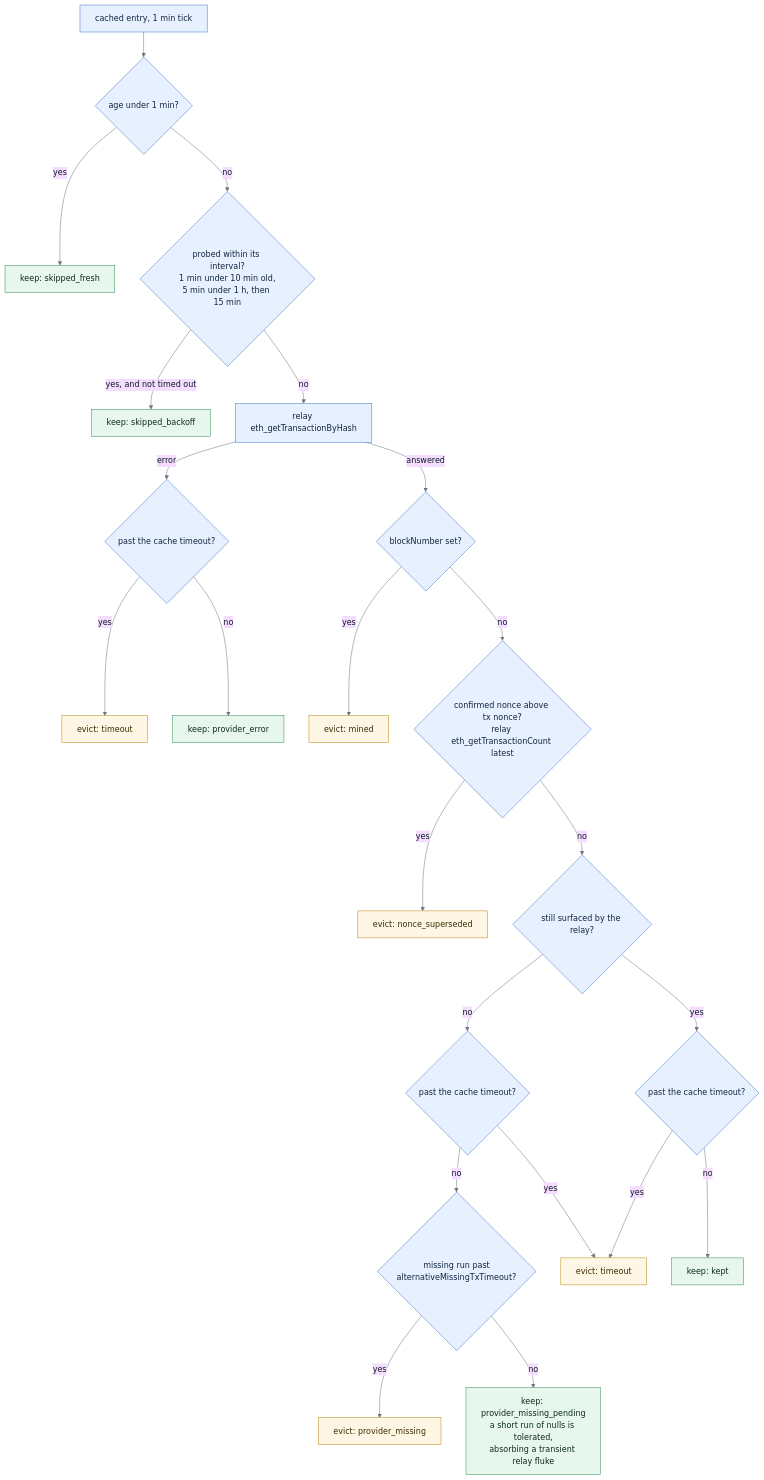
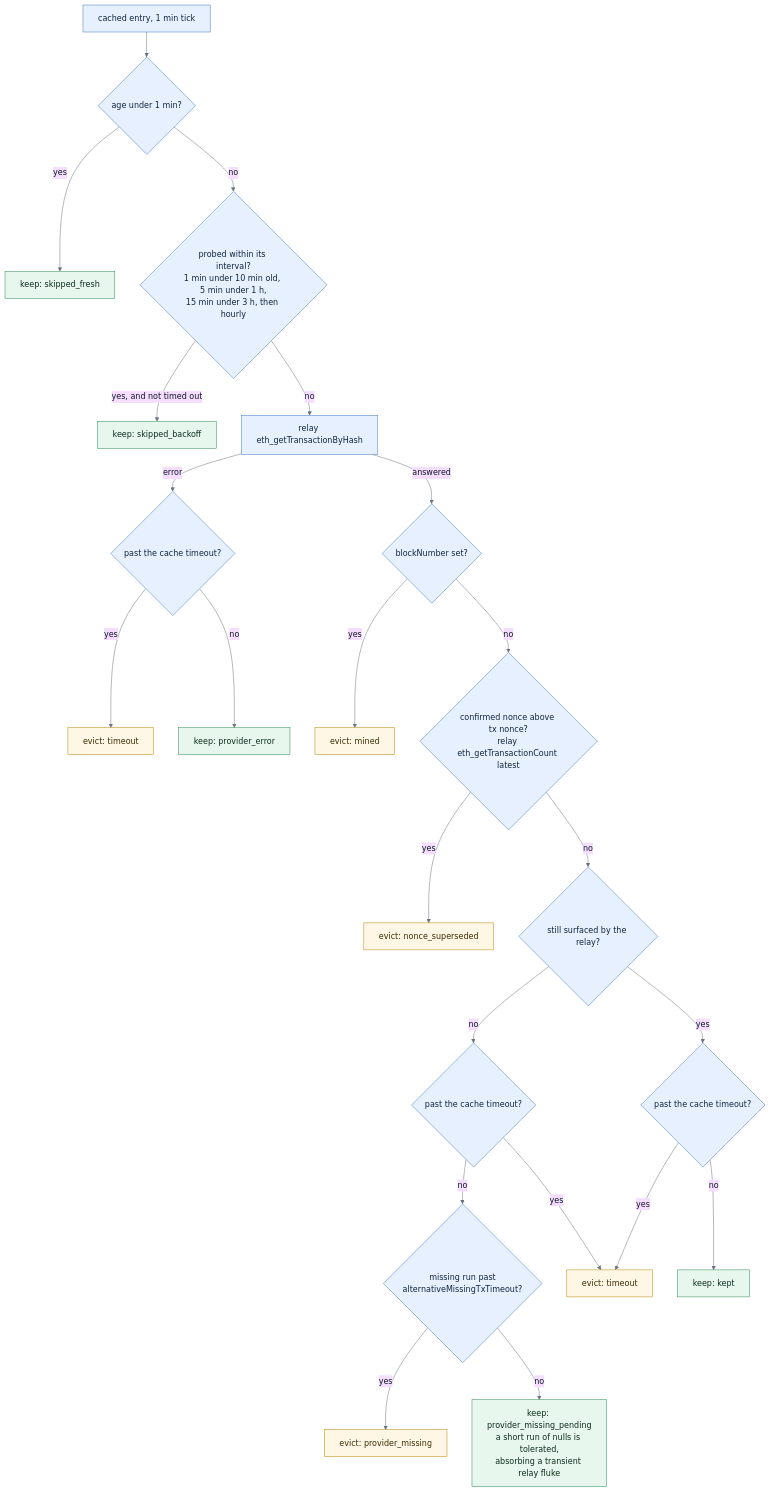
One commit to trezor/blockbook changed the second of 3 diagrams in docs/evm-send-mempools.md. Above: the diagram before and after it, drawn with Mermaid. The commit also changed other lines of this file and 2 other files, not shown here.

````diff
--- a/docs/evm-send-mempools.md
+++ b/docs/evm-send-mempools.md
@@ -110,54 +111,54 @@
 ```mermaid
 %%{init: {"theme": "base", "themeVariables": {"lineColor": "#6b7280", "primaryTextColor": "#111827"}}}%%
 flowchart TD
     e["cached entry, 1 min tick"]
     f{"age under 1 min?"}
     keepFresh["keep: skipped_fresh"]
-    b{"probed within its interval?<br/>1 min under 10 min old,<br/>5 min under 1 h, then 15 min"}
+    b{"probed within its interval?<br/>1 min under 10 min old, 5 min under 1 h,<br/>15 min under 3 h, then hourly"}
     keepBackoff["keep: skipped_backoff"]
     q["relay eth_getTransactionByHash"]
     qerr{"past the cache timeout?"}
     evTo["evict: timeout"]
     keepErr["keep: provider_error"]
     m{"blockNumber set?"}
     evMined["evict: mined"]
     s{"confirmed nonce above tx nonce?<br/>relay eth_getTransactionCount latest"}
     evSup["evict: nonce_superseded"]
     k{"still surfaced by the relay?"}
     nto{"past the cache timeout?"}
     kto{"missing run past<br/>alternativeMissingTxTimeout?"}
     evMiss["evict: provider_missing"]
     keepMiss["keep: provider_missing_pending<br/>a short run of nulls is tolerated,<br/>absorbing a transient relay fluke"]
     yto{"past the cache timeout?"}
     evTo2["evict: timeout"]
     keepK["keep: kept"]
 
     e --> f
     f -- "yes" --> keepFresh
     f -- "no" --> b
     b -- "yes, and not timed out" --> keepBackoff
     b -- "no" --> q
     q -- "error" --> qerr
     qerr -- "yes" --> evTo
     qerr -- "no" --> keepErr
     q -- "answered" --> m
     m -- "yes" --> evMined
     m -- "no" --> s
     s -- "yes" --> evSup
     s -- "no" --> k
     k -- "no" --> nto
     nto -- "yes" --> evTo2
     nto -- "no" --> kto
     kto -- "yes" --> evMiss
     kto -- "no" --> keepMiss
     k -- "yes" --> yto
     yto -- "yes" --> evTo2
     yto -- "no" --> keepK
 
     classDef step fill:#e7f0ff,stroke:#4078c0,color:#10243e;
     classDef keep fill:#e8f7ed,stroke:#2e8b57,color:#0b2c19;
     classDef evict fill:#fff7e6,stroke:#b8860b,color:#3a2a00;
     class e,f,b,q,qerr,m,s,k,nto,kto,yto step;
     class keepFresh,keepBackoff,keepErr,keepMiss,keepK keep;
     class evTo,evTo2,evMined,evSup,evMiss evict;
 ```
````
